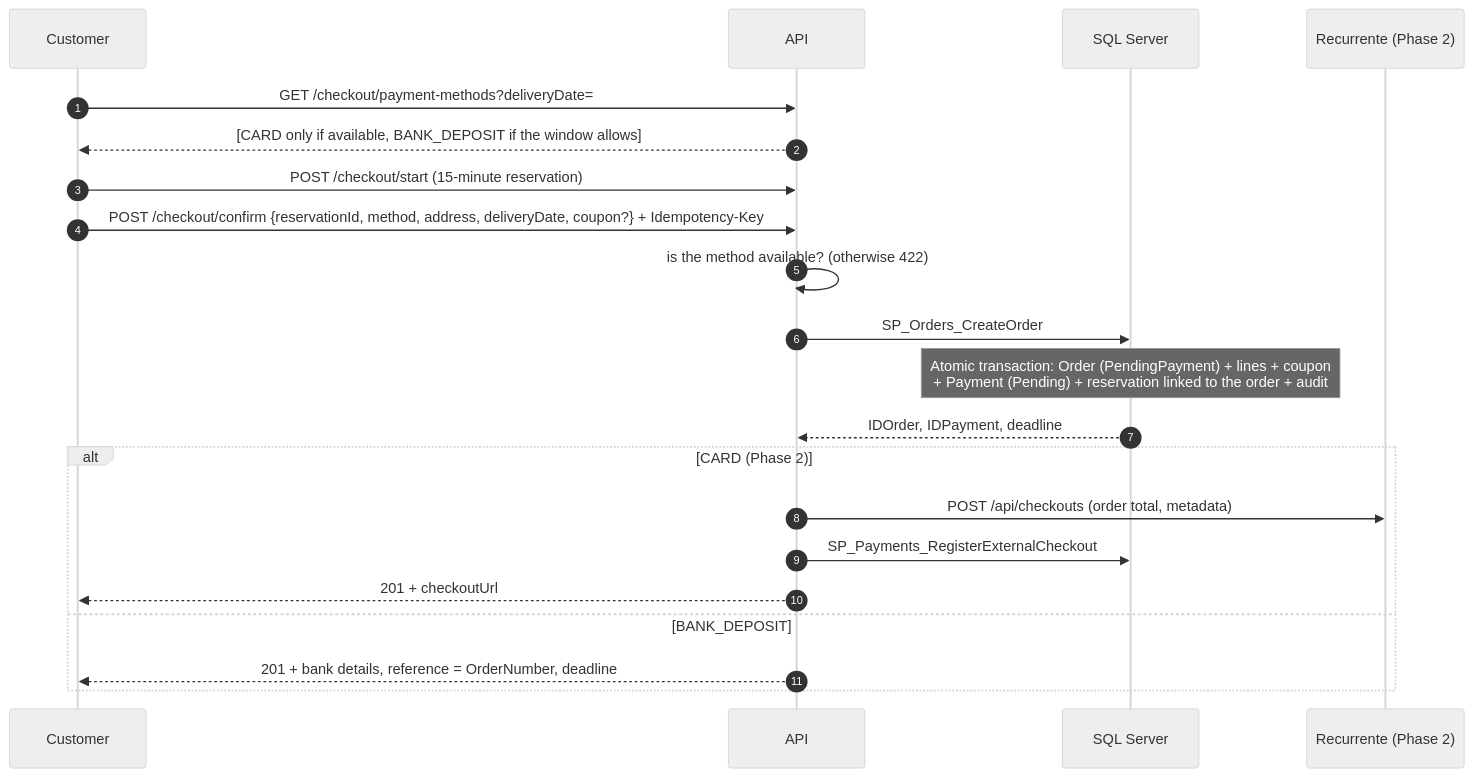
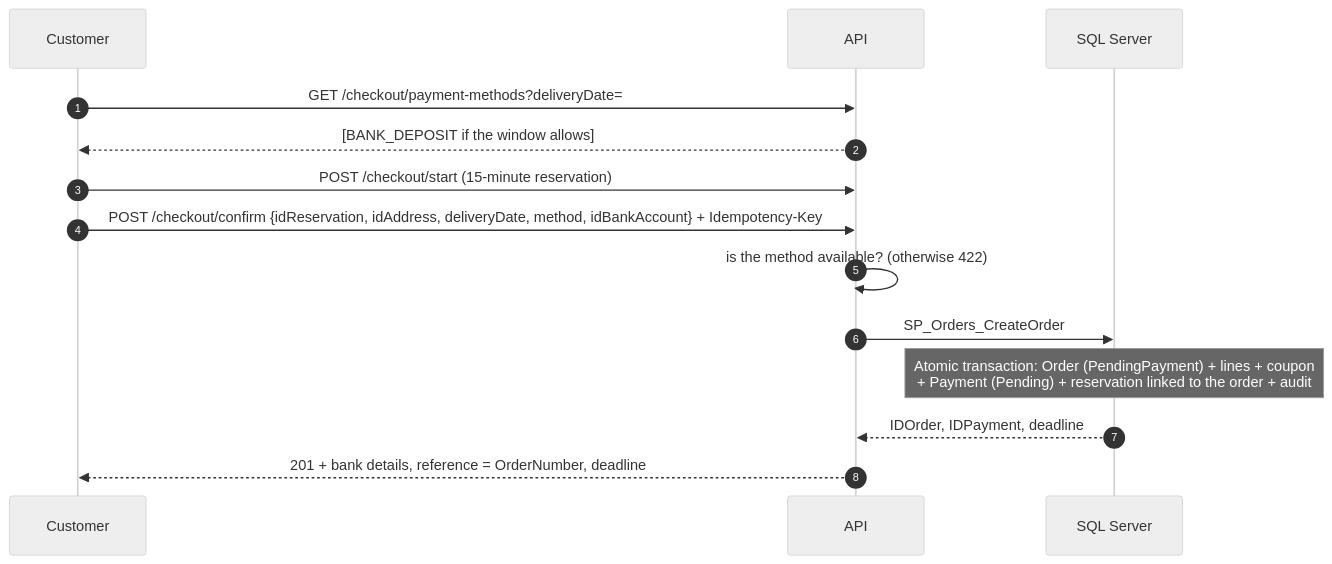
Before and after one commit to RedeArmy/bakery-shopcart-ecommerce: the second of 4 diagrams in docs/architecture/02-hld.md, drawn with Mermaid (neutral theme). The commit also changed other lines of this file and 28 other files, not shown here.

First line of the commit message:
docs: verify the delivery with Postman, align the architecture and rename the bakery (#42)

````diff
--- a/docs/architecture/02-hld.md
+++ b/docs/architecture/02-hld.md
@@ -36,23 +30,16 @@
 ```mermaid
 sequenceDiagram
   autonumber
   participant U as Customer
   participant API as API
   participant DB as SQL Server
-  participant R as Recurrente (Phase 2)
   U->>API: GET /checkout/payment-methods?deliveryDate=
-  API-->>U: [CARD only if available, BANK_DEPOSIT if the window allows]
+  API-->>U: [BANK_DEPOSIT if the window allows]
   U->>API: POST /checkout/start (15-minute reservation)
-  U->>API: POST /checkout/confirm {reservationId, method, address, deliveryDate, coupon?} + Idempotency-Key
+  U->>API: POST /checkout/confirm {idReservation, idAddress, deliveryDate, method, idBankAccount} + Idempotency-Key
   API->>API: is the method available? (otherwise 422)
   API->>DB: SP_Orders_CreateOrder
   Note over DB: Atomic transaction: Order (PendingPayment) + lines + coupon<br/>+ Payment (Pending) + reservation linked to the order + audit
   DB-->>API: IDOrder, IDPayment, deadline
-  alt CARD (Phase 2)
-    API->>R: POST /api/checkouts (order total, metadata)
-    API->>DB: SP_Payments_RegisterExternalCheckout
-    API-->>U: 201 + checkoutUrl
-  else BANK_DEPOSIT
-    API-->>U: 201 + bank details, reference = OrderNumber, deadline
-  end
+  API-->>U: 201 + bank details, reference = OrderNumber, deadline
 ```
````
